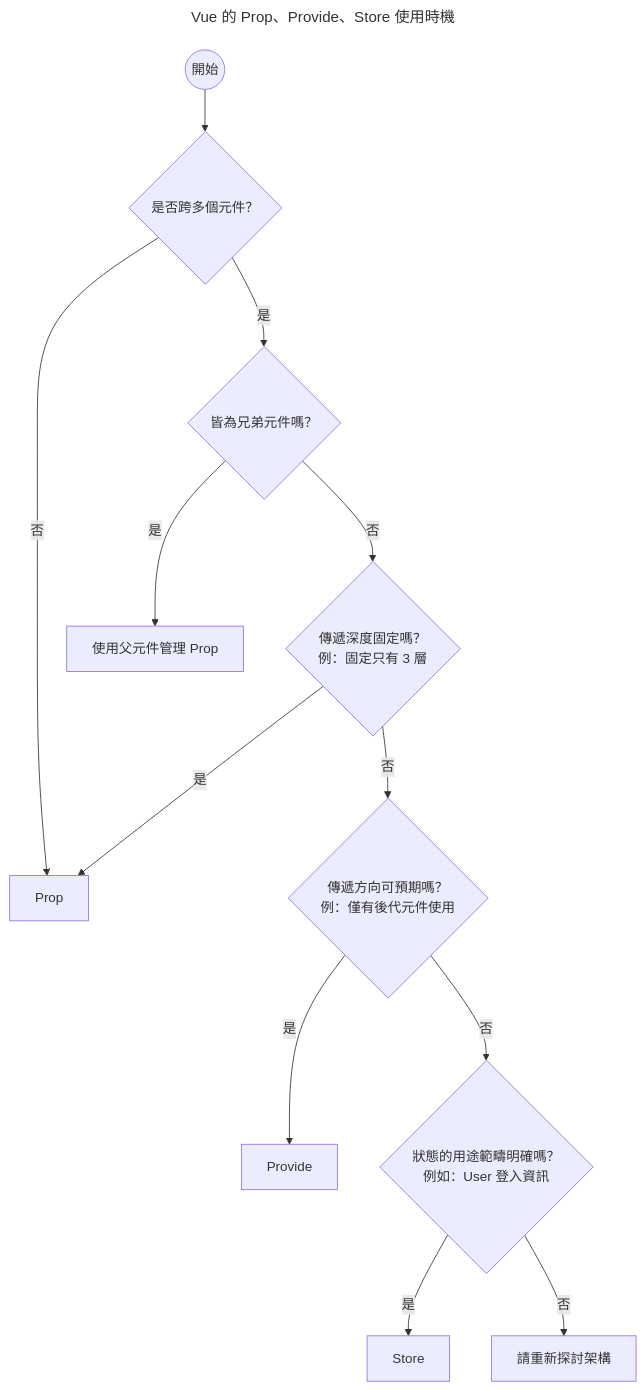
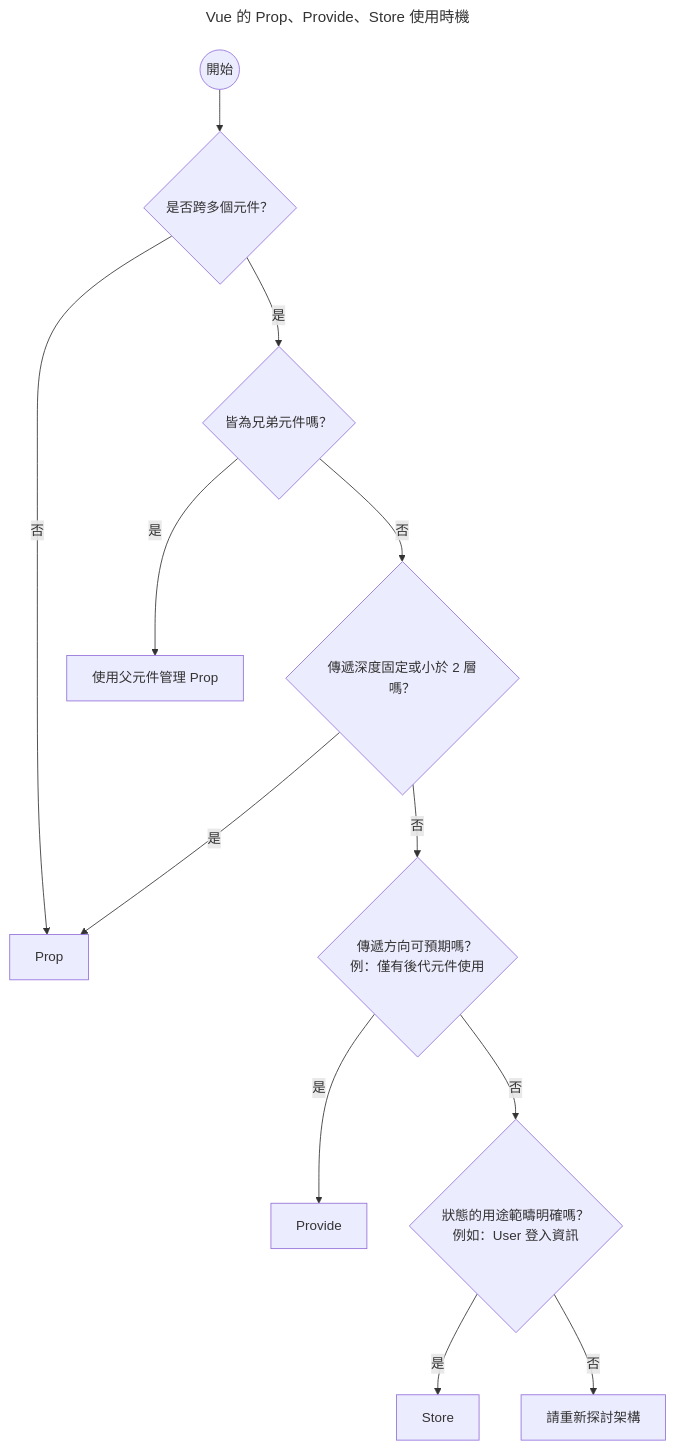
The diagram in content/blog-vue/241212.about-vue-data-flow.md (Codfisher/cod-aquarium), drawn with Mermaid before and after one commit. The commit also changed other lines of this file and 1 other file, not shown here.

````diff
--- a/content/blog-vue/241212.about-vue-data-flow.md
+++ b/content/blog-vue/241212.about-vue-data-flow.md
@@ -38,31 +38,30 @@
 ```mermaid
 ---
 title: Vue 的 Prop、Provide、Store 使用時機
 ---
 
 flowchart TD
     A((開始)) --> B{是否跨多個元件？}
 
     B --否--> R1
     B --是--> C{皆為兄弟元件嗎？}
 
     C --是--> R2
-    C --否--> D{傳遞深度固定嗎？
-    例：固定只有 3 層}
+    C --否--> D{傳遞深度固定或小於 2 層嗎？}
 
     D --是--> R1
     D --否--> E{傳遞方向可預期嗎？
     例：僅有後代元件使用}
 
     E --是--> R3
     E --否--> F{狀態的用途範疇明確嗎？
     例如：User 登入資訊}
 
     F --是--> R4
     F --否--> 請重新探討架構
 
     R1[Prop]
     R2[使用父元件管理 Prop]
     R3[Provide]
     R4[Store]
 ```
````
